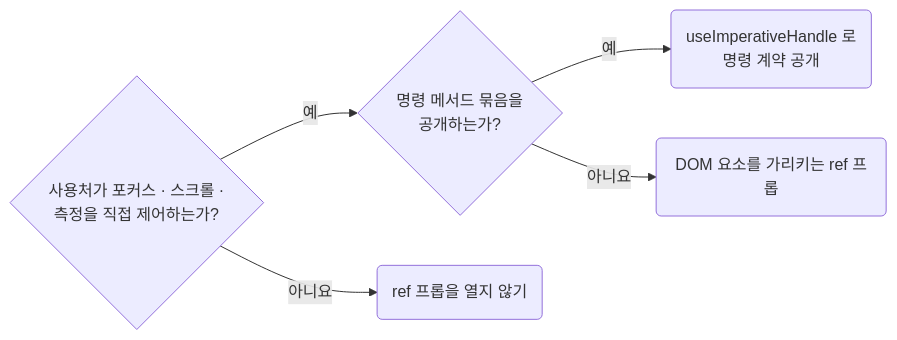
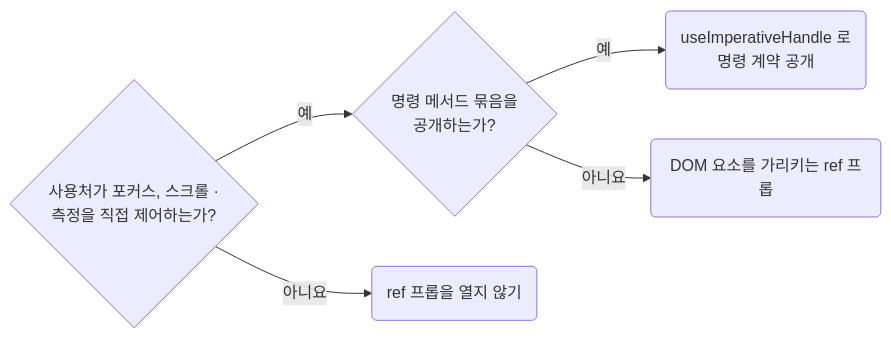
Before and after one commit to minu-ha/agent-conventions: the diagram in skill/react/contracts/composition-open-ref-props-only-for-imperative-contracts.md, drawn with Mermaid. The commit also changed other lines of this file and 194 other files, not shown here.

````diff
--- a/skill/react/contracts/composition-open-ref-props-only-for-imperative-contracts.md
+++ b/skill/react/contracts/composition-open-ref-props-only-for-imperative-contracts.md
@@ -10,6 +10,6 @@
 ```mermaid
 flowchart LR
-	q1{"사용처가 포커스 · 스크롤 ·<br>측정을 직접 제어하는가?"} -- 예 --> q2{"명령 메서드 묶음을<br>공개하는가?"} -- 예 --> r3("useImperativeHandle 로<br>명령 계약 공개")
+	q1{"사용처가 포커스, 스크롤 ·<br>측정을 직접 제어하는가?"} -- 예 --> q2{"명령 메서드 묶음을<br>공개하는가?"} -- 예 --> r3("useImperativeHandle 로<br>명령 계약 공개")
 	q1 -- 아니요 --> r1("ref 프롭을 열지 않기")
 	q2 -- 아니요 --> r2("DOM 요소를 가리키는 ref 프롭")
 ```
````
